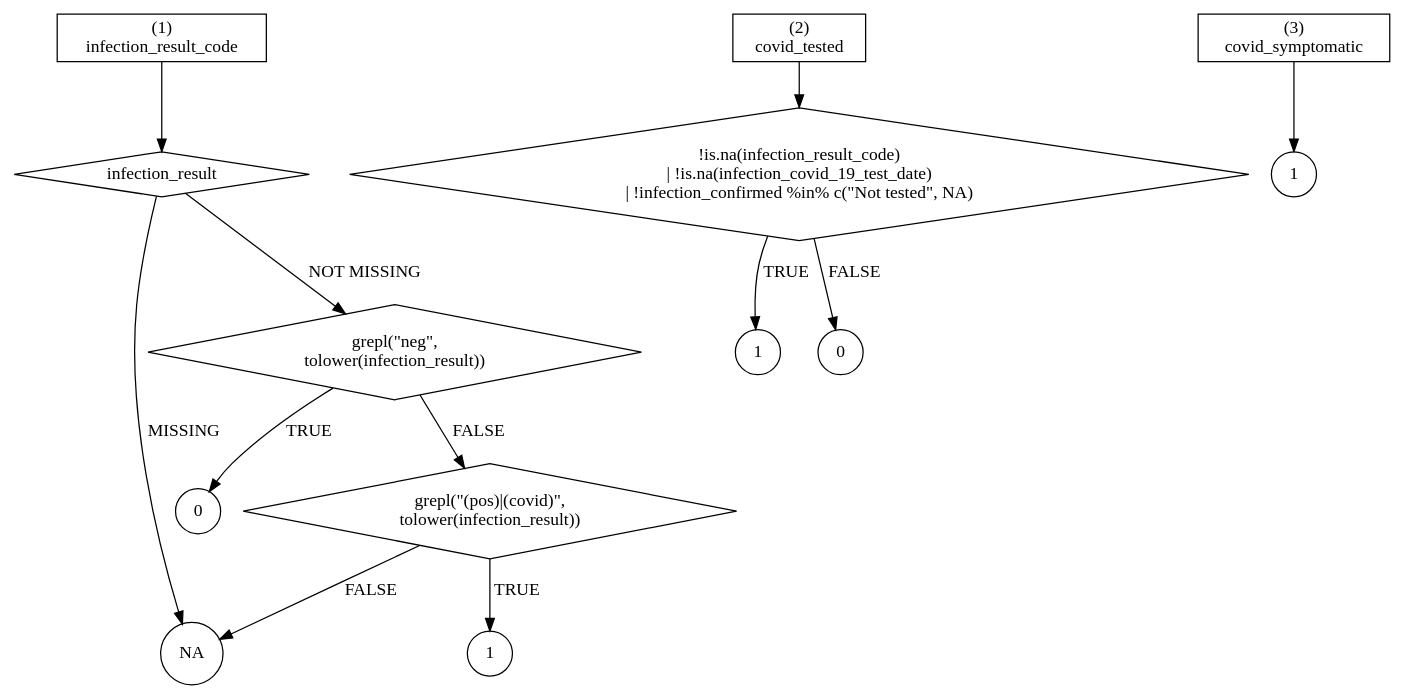
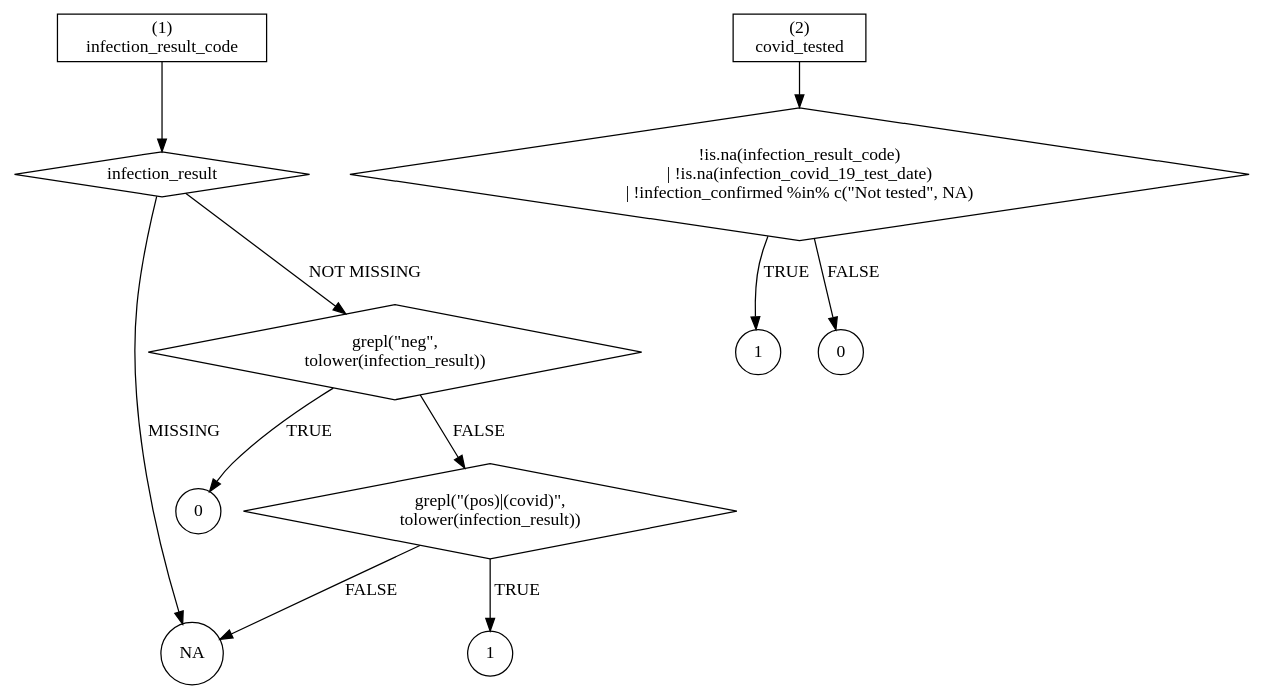
The diagram in covidWarehouse/man/figure/case_classification_1.gv (peterdutey/ch-covid19), drawn with Graphviz before and after one commit. The commit also changed 5 other files, not shown here.

```diff
--- a/covidWarehouse/man/figure/case_classification_1.gv
+++ b/covidWarehouse/man/figure/case_classification_1.gv
@@ -1,35 +1,30 @@
 digraph D {
 
   infection_result_code [shape=box, label="(1)\ninfection_result_code"]
 
   infection_result_missing [shape=diamond, label="infection_result"]
   infection_result_missing_code [shape=circle, label="NA"]
   infection_result_neg [shape=diamond, label="grepl(\"neg\", \ntolower(infection_result))"]
   infection_result_neg_code [shape=circle, label="0"]
   infection_result_pos [shape=diamond, label="grepl(\"(pos)|(covid)\", \ntolower(infection_result))"]
   infection_result_pos_code [shape=circle, label="1"]
 
   infection_result_code -> infection_result_missing
   infection_result_missing -> infection_result_missing_code [label="MISSING"]
   infection_result_missing -> infection_result_neg [label="NOT MISSING"]
   infection_result_neg -> infection_result_pos [label="FALSE"]
   infection_result_neg -> infection_result_neg_code [label="TRUE"]
   infection_result_pos -> infection_result_pos_code [label="TRUE"]
   infection_result_pos -> infection_result_missing_code [label="FALSE"]
 
   covid_tested [shape=box, label="(2)\ncovid_tested"]
   covid_tested_arm [shape=diamond, label="!is.na(infection_result_code)\n| !is.na(infection_covid_19_test_date)\n| !infection_confirmed %in% c(\"Not tested\", NA)"]
 
   covid_tested_yes [shape=circle,label="1"]
   covid_tested_no [shape=circle,label="0"]
 
   covid_tested -> covid_tested_arm
   covid_tested_arm -> covid_tested_yes [label="TRUE"]
   covid_tested_arm -> covid_tested_no [label="FALSE"]
 
-
-  covid_symptomatic [shape=box, label="(3)\ncovid_symptomatic"]
-  covid_symptomatic_code [shape=circle,label="1"]
-  covid_symptomatic -> covid_symptomatic_code
-
 }
```
